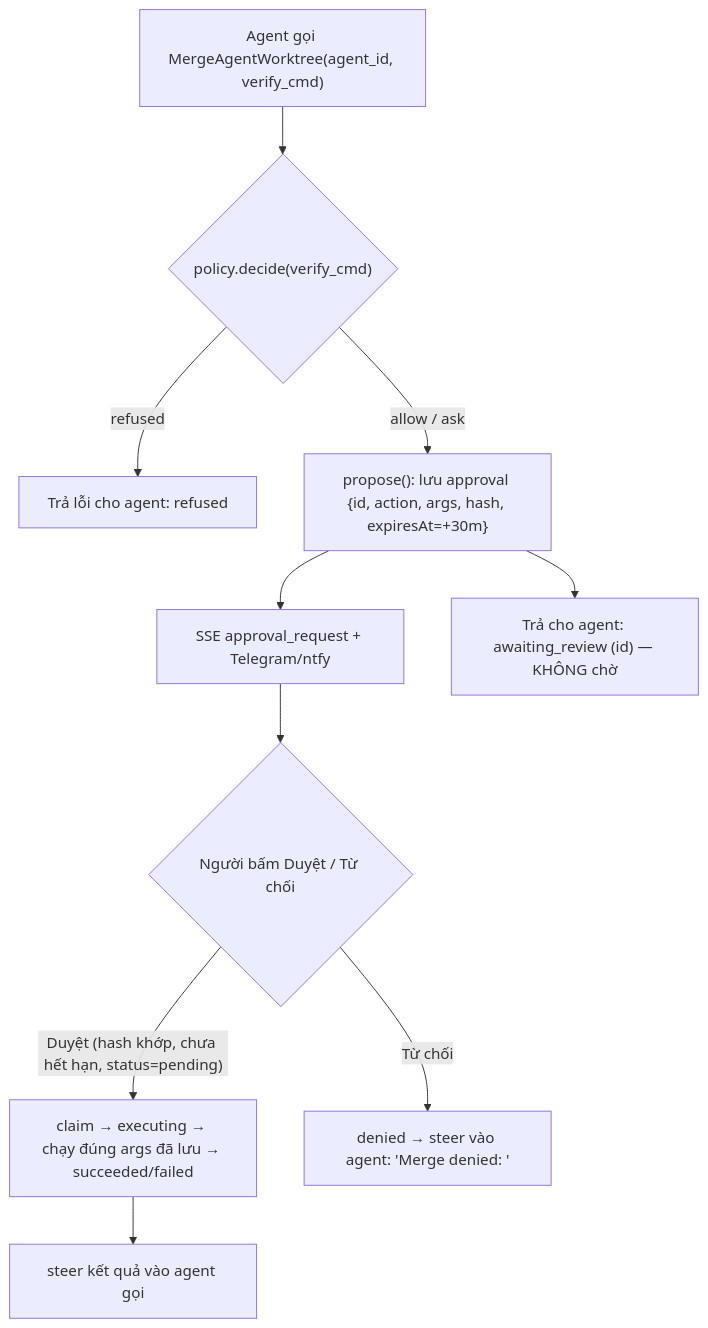
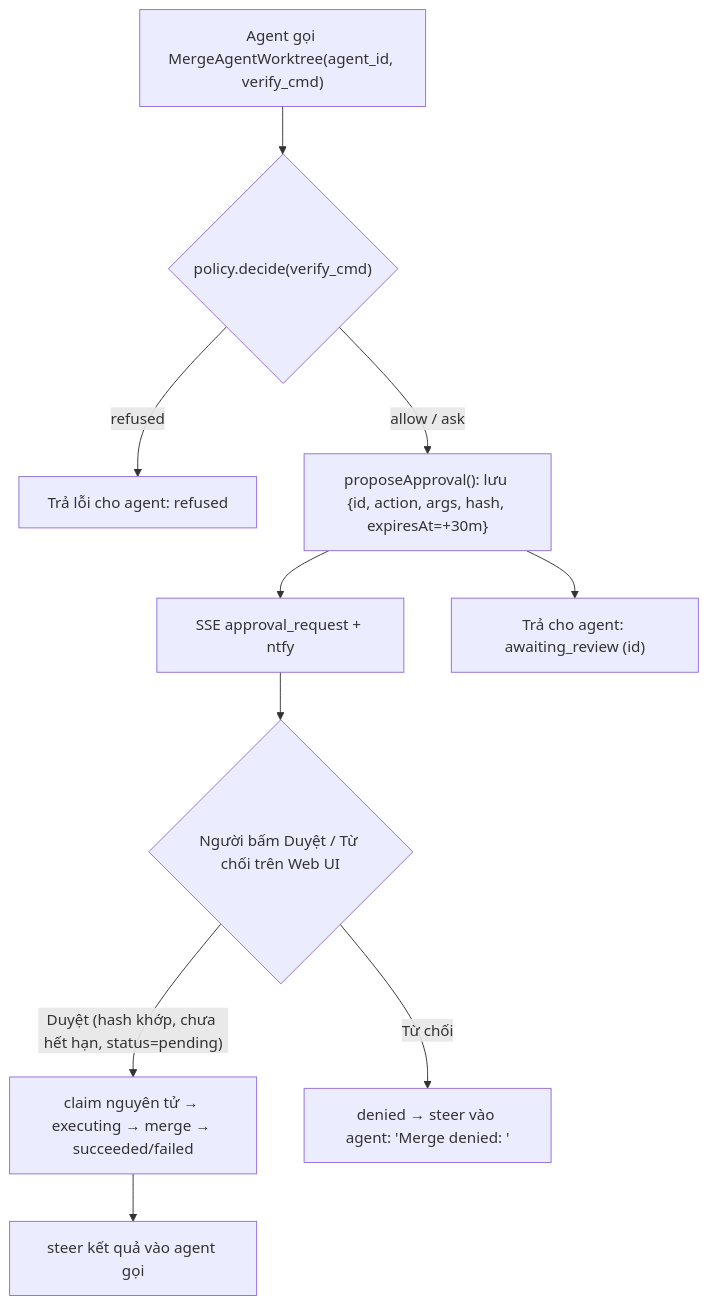
Before and after one commit to huongmh14/BotAutoTask: the diagram in docs/feature/08-mesh-safety-attention-ui.md, drawn with Mermaid. The commit also changed other lines of this file and 40 other files, not shown here.

````diff
--- a/docs/feature/08-mesh-safety-attention-ui.md
+++ b/docs/feature/08-mesh-safety-attention-ui.md
@@ -112,12 +82,12 @@
 ```mermaid
 flowchart TD
   A["Agent gọi MergeAgentWorktree(agent_id, verify_cmd)"] --> B{"policy.decide(verify_cmd)"}
   B -- "refused" --> R["Trả lỗi cho agent: refused"]
-  B -- "allow / ask" --> P["propose(): lưu approval {id, action, args, hash, expiresAt=+30m}"]
-  P --> E["SSE approval_request + Telegram/ntfy"]
-  P --> W["Trả cho agent: awaiting_review (id) — KHÔNG chờ"]
-  E --> U{"Người bấm Duyệt / Từ chối"}
-  U -- "Duyệt (hash khớp, chưa hết hạn, status=pending)" --> X["claim → executing → chạy đúng args đã lưu → succeeded/failed"]
+  B -- "allow / ask" --> P["proposeApproval(): lưu {id, action, args, hash, expiresAt=+30m}"]
+  P --> E["SSE approval_request + ntfy"]
+  P --> W["Trả cho agent: awaiting_review (id)"]
+  E --> U{"Người bấm Duyệt / Từ chối trên Web UI"}
+  U -- "Duyệt (hash khớp, chưa hết hạn, status=pending)" --> X["claim nguyên tử → executing → merge → succeeded/failed"]
   U -- "Từ chối" --> D["denied → steer vào agent: 'Merge denied: <note>'"]
   X --> S["steer kết quả vào agent gọi"]
 ```
````
